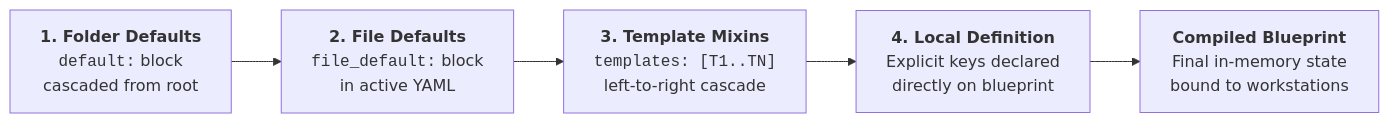
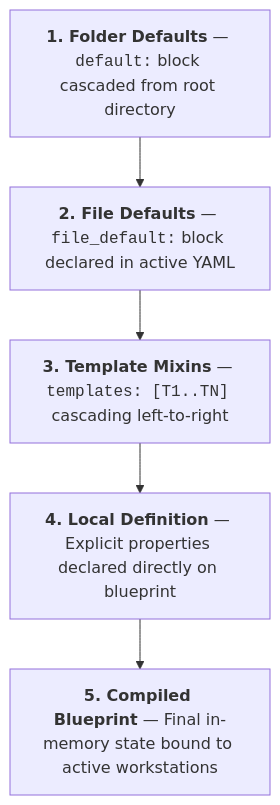
Before and after one commit to XZtotal/CraftingBlueprints-Wiki: the diagram in docs/authoring/reusable-templates.md, drawn with Mermaid. The commit also changed 31 other files, not shown here.

Commit message:
style(docs): optimize diagram proportions, center all diagrams, and fix table padding

````diff
--- a/docs/authoring/reusable-templates.md
+++ b/docs/authoring/reusable-templates.md
@@ -160,10 +160,8 @@
 ```mermaid
-flowchart LR
-    F["<b>1. Folder Defaults</b><br/><code>default:</code> block<br/>cascaded from root"]
-    File["<b>2. File Defaults</b><br/><code>file_default:</code> block<br/>in active YAML"]
-    T["<b>3. Template Mixins</b><br/><code>templates: [T1..TN]</code><br/>left-to-right cascade"]
-    L["<b>4. Local Definition</b><br/>Explicit keys declared<br/>directly on blueprint"]
-    Mem["<b>Compiled Blueprint</b><br/>Final in-memory state<br/>bound to workstations"]
-
-    F --> File --> T --> L --> Mem
+flowchart TD
+    F["<b>1. Folder Defaults</b> — <code>default:</code> block cascaded from root directory"]
+    --> File["<b>2. File Defaults</b> — <code>file_default:</code> block declared in active YAML"]
+    --> T["<b>3. Template Mixins</b> — <code>templates: [T1..TN]</code> cascading left-to-right"]
+    --> L["<b>4. Local Definition</b> — Explicit properties declared directly on blueprint"]
+    --> Mem["<b>5. Compiled Blueprint</b> — Final in-memory state bound to active workstations"]
 ```
````
